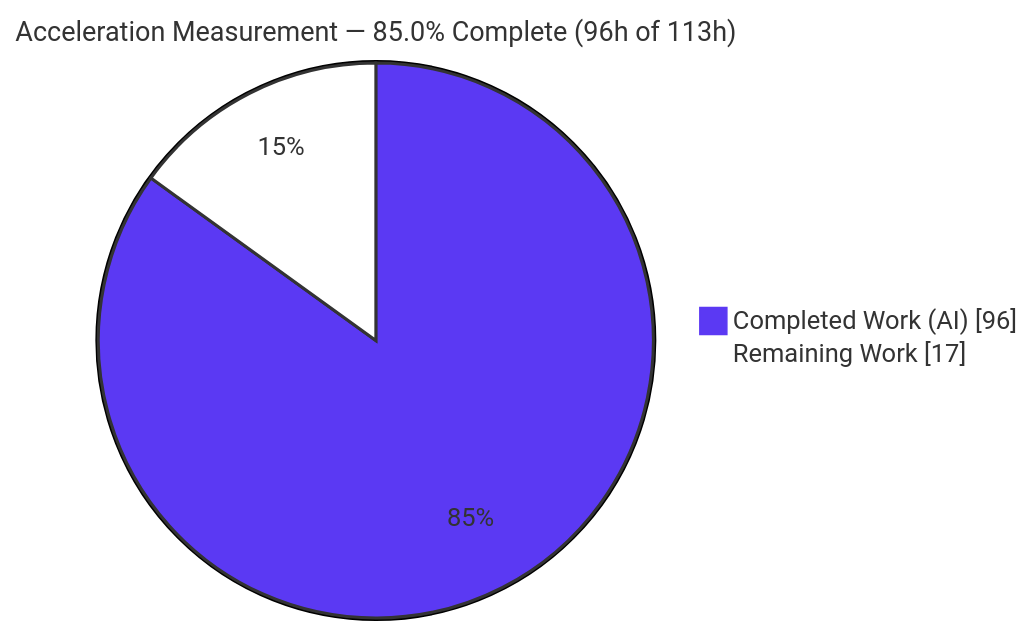
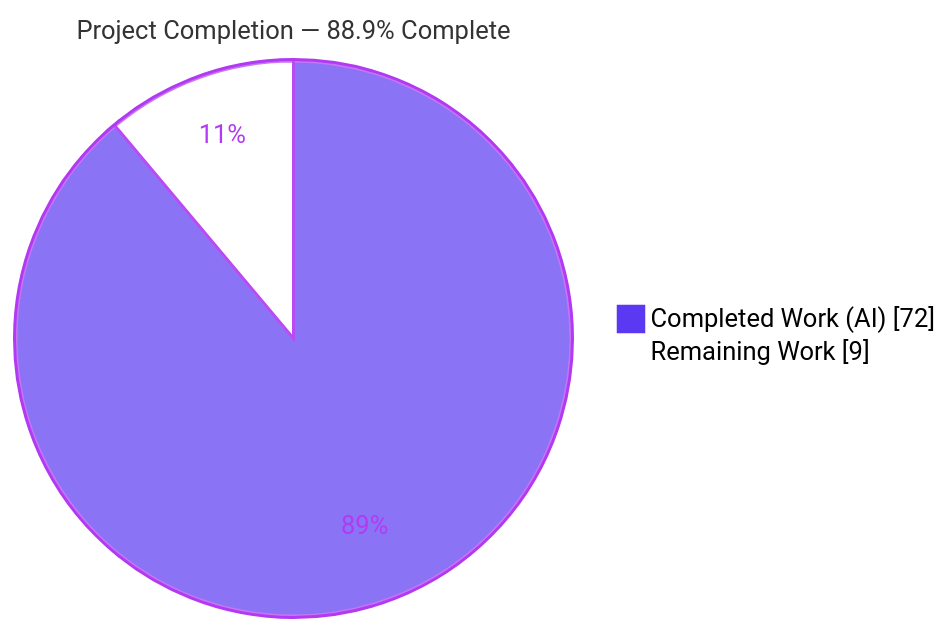
One commit to Blitzy-Sandbox/blitzy-cal changed the first of 3 diagrams in blitzy/documentation/Project Guide.md. Above: the diagram before and after it, drawn with Mermaid. The commit also changed other lines of this file, not shown here.

Commit message:
Adding Blitzy Project Guide: Project Status and Human Tasks Remaining

````diff
--- a/blitzy/documentation/Project Guide.md
+++ b/blitzy/documentation/Project Guide.md
@@ -13,6 +17,6 @@
 ```mermaid
-%%{init: {'theme':'base','themeVariables':{'pie1':'#5B39F3','pie2':'#FFFFFF','pieStrokeColor':'#333333','pieStrokeWidth':'2px','pieOuterStrokeWidth':'2px','pieTitleTextSize':'18px','pieSectionTextColor':'#333333','pieLegendTextColor':'#333333','pieOpacity':'1'}}}%%
-pie showData title Acceleration Measurement — 85.0% Complete (96h of 113h)
-    "Completed Work (AI)" : 96
-    "Remaining Work" : 17
+%%{init: {'theme':'base','themeVariables':{'pie1':'#5B39F3','pie2':'#FFFFFF','pieStrokeColor':'#B23AF2','pieStrokeWidth':'2px','pieOuterStrokeColor':'#B23AF2','pieOuterStrokeWidth':'2px','pieSectionTextColor':'#B23AF2','pieLegendTextColor':'#000000','pieTitleTextSize':'17px'}}}%%
+pie showData title Project Completion — 88.9% Complete
+    "Completed Work (AI)" : 72
+    "Remaining Work" : 9
 ```
````
